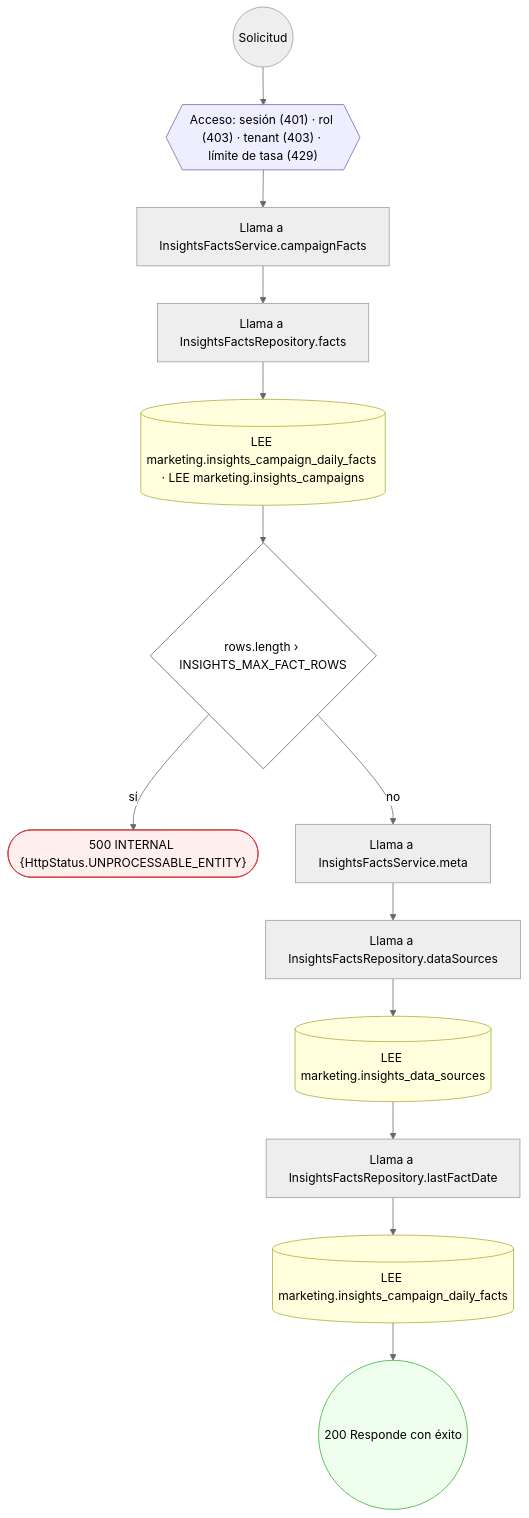
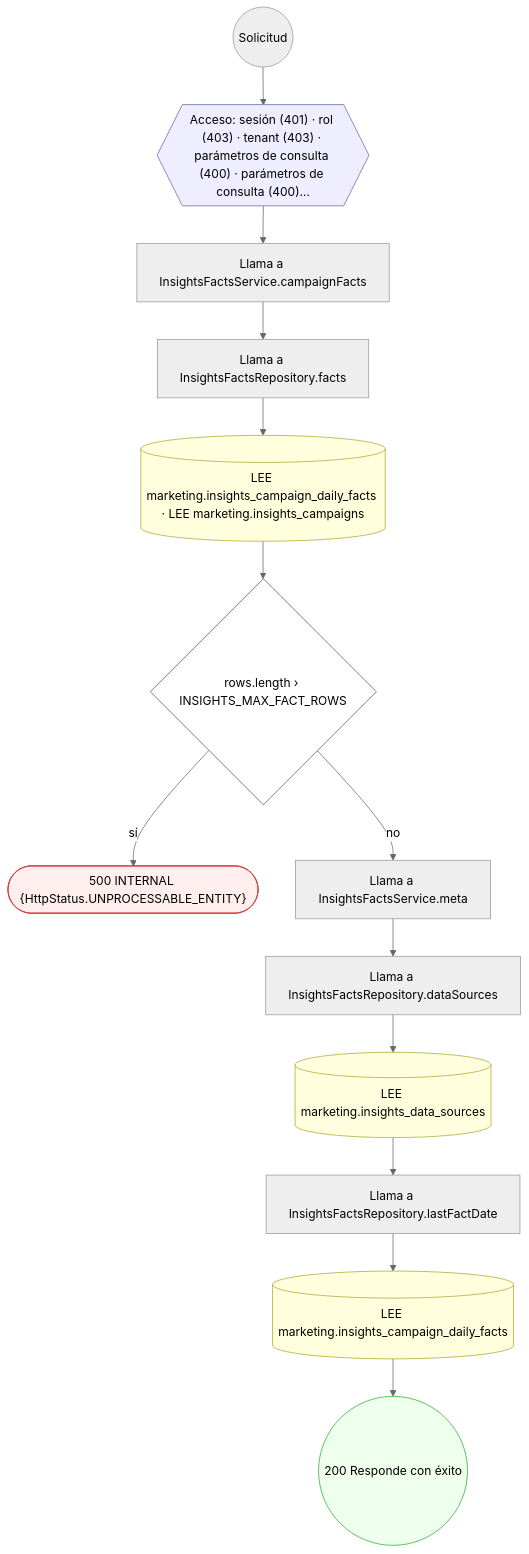
Diagram 12 of 26 in docs/inventario/flujos/marketing.md (mdavila-2001/mantra-core-health-api), drawn with Mermaid (neutral theme) before and after one commit. The commit also changed other lines of this file and 118 other files, not shown here.

````diff
--- a/docs/inventario/flujos/marketing.md
+++ b/docs/inventario/flujos/marketing.md
@@ -953,34 +956,34 @@
 ```mermaid
 flowchart TD
   n1(("Solicitud")):::inicio
-  n2{{"Acceso: sesión (401) · rol (403) · tenant (403) · límite de tasa (429)"}}:::acceso
+  n2{{"Acceso: sesión (401) · rol (403) · tenant (403) · parámetros de consulta (400) · parámetros de consulta (400)…"}}:::acceso
   n1 --> n2
   n3["Llama a InsightsFactsService.campaignFacts"]:::llamada
   n2 --> n3
   n4["Llama a InsightsFactsRepository.facts"]:::llamada
   n3 --> n4
   n5[("LEE marketing.insights_campaign_daily_facts · LEE marketing.insights_campaigns")]:::efecto
   n4 --> n5
   n6{"rows.length › INSIGHTS_MAX_FACT_ROWS"}:::decision
   n5 --> n6
   n7(["500 INTERNAL {HttpStatus.UNPROCESSABLE_ENTITY}"]):::error
   n6 -->|"sí"| n7
   n8["Llama a InsightsFactsService.meta"]:::llamada
   n6 -->|"no"| n8
   n9["Llama a InsightsFactsRepository.dataSources"]:::llamada
   n8 --> n9
   n10[("LEE marketing.insights_data_sources")]:::efecto
   n9 --> n10
   n11["Llama a InsightsFactsRepository.lastFactDate"]:::llamada
   n10 --> n11
   n12[("LEE marketing.insights_campaign_daily_facts")]:::efecto
   n11 --> n12
   n13(("200 Responde con éxito")):::ok
   n12 --> n13
   classDef acceso fill:#eef,stroke:#66a
   classDef error fill:#fee,stroke:#c33
   classDef ok fill:#efe,stroke:#3a3
   classDef efecto fill:#ffd,stroke:#aa3
   classDef decision fill:#fff,stroke:#555
   classDef corte fill:#eee,stroke:#999,stroke-dasharray: 4
 ```
````
